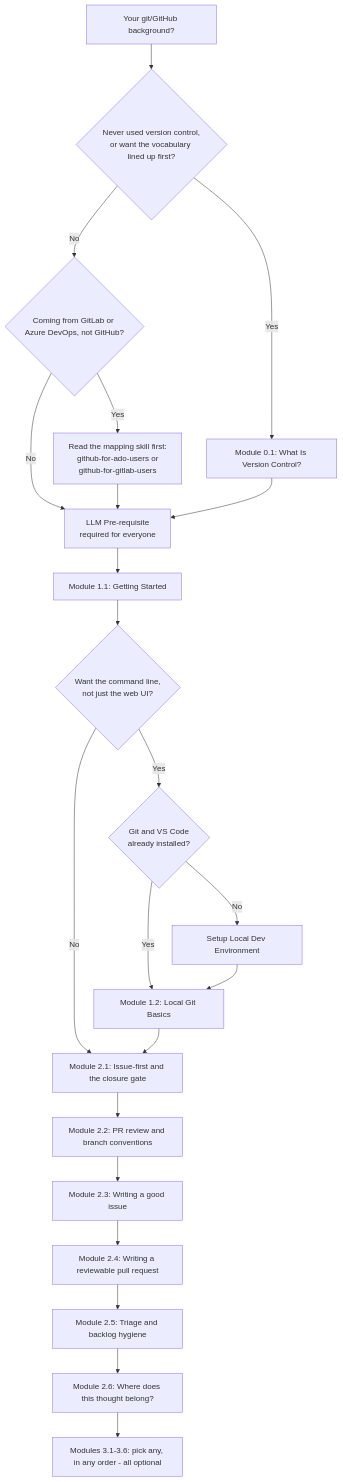
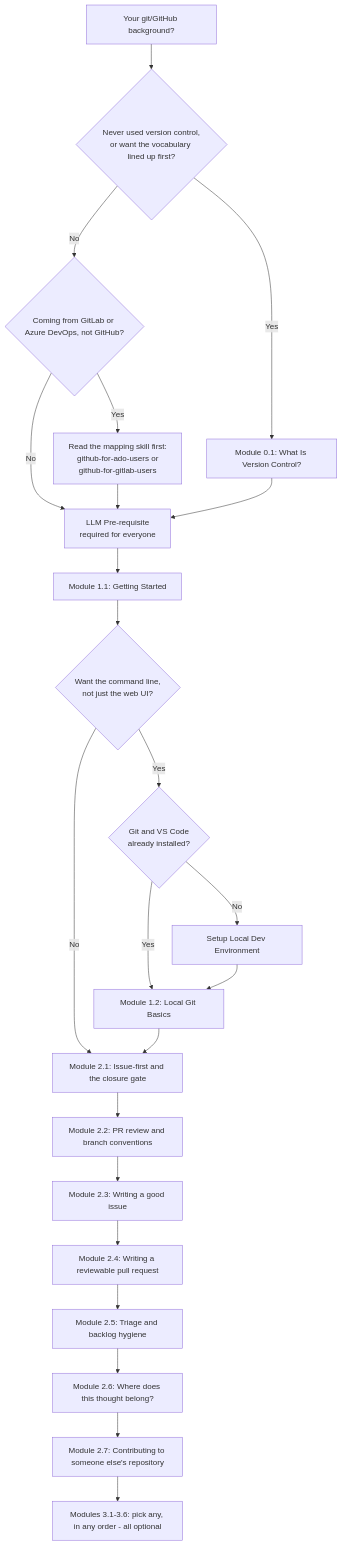
The first of 2 diagrams in education/README.md (JeanKadang/DOC-GitHub-Practice-Skills), drawn with Mermaid before and after one commit. The commit also changed other lines of this file and 4 other files, not shown here.

First line of the commit message:
docs: add Module 2.7, contributing to someone else's repository

````diff
--- a/education/README.md
+++ b/education/README.md
@@ -40,24 +40,25 @@
 ```mermaid
 flowchart TD
     Start[Your git/GitHub background?] --> Q1{Never used version control,<br/>or want the vocabulary lined up first?}
     Q1 -- Yes --> S0[Module 0.1: What Is Version Control?]
     Q1 -- No --> Q2{Coming from GitLab or Azure DevOps, not GitHub?}
     Q2 -- Yes --> Pre[Read the mapping skill first:<br/>github-for-ado-users or<br/>github-for-gitlab-users]
     Q2 -- No --> LLM0[LLM Pre-requisite<br/>required for everyone]
     Pre --> LLM0
     S0 --> LLM0
     LLM0 --> S1[Module 1.1: Getting Started]
     S1 --> Q3{Want the command line,<br/>not just the web UI?}
     Q3 -- Yes --> Q4{Git and VS Code<br/>already installed?}
     Q3 -- No --> M2a[Module 2.1: Issue-first and the closure gate]
     Q4 -- No --> Extra[Setup Local Dev Environment]
     Q4 -- Yes --> S2[Module 1.2: Local Git Basics]
     Extra --> S2
     S2 --> M2a
     M2a --> M2b[Module 2.2: PR review and branch conventions]
     M2b --> M2c[Module 2.3: Writing a good issue]
     M2c --> M2d[Module 2.4: Writing a reviewable pull request]
     M2d --> M2e[Module 2.5: Triage and backlog hygiene]
     M2e --> M2f[Module 2.6: Where does this thought belong?]
-    M2f --> M3[Modules 3.1-3.6: pick any, in any order - all optional]
+    M2f --> M2g[Module 2.7: Contributing to someone else's repository]
+    M2g --> M3[Modules 3.1-3.6: pick any, in any order - all optional]
 ```
````
